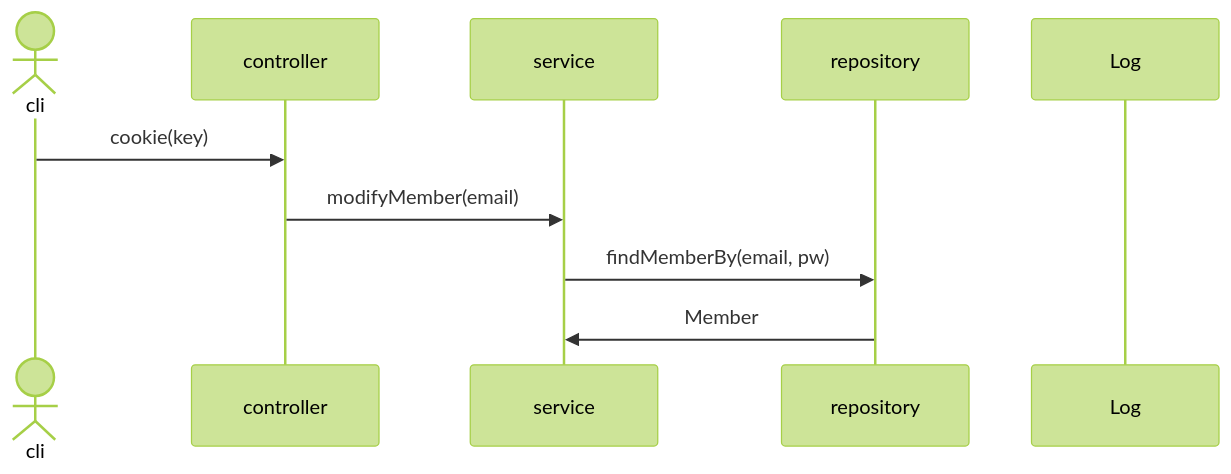
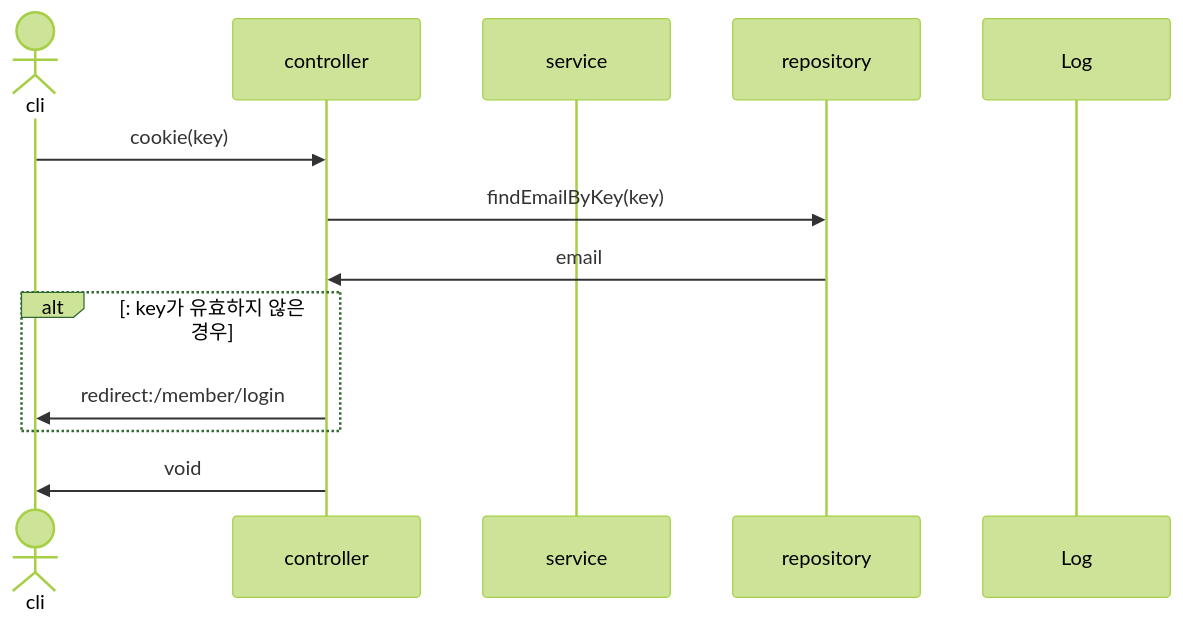
The fifth of 30 diagrams in sequence.md (mtak0235/snsX), drawn with Mermaid (forest theme) before and after one commit. The commit also changed other lines of this file, not shown here.

Commit message:
update settingMemberForm

````diff
--- a/sequence.md
+++ b/sequence.md
@@ -98,14 +97,16 @@
 ```mermaid
 sequenceDiagram
 actor cli
 participant c as controller
 participant s as service
 participant r as repository
 participant l as Log
 
 cli->>c: cookie(key)
-c->>s: modifyMember(email)
-s->>r: findMemberBy(email, pw)
-r->>s: Member
-
+c->>r: findEmailByKey(key)
+r->>c: email
+alt: key가 유효하지 않은 경우
+c->>cli: redirect:/member/login
+end
+c->>cli: void
 ```
````
